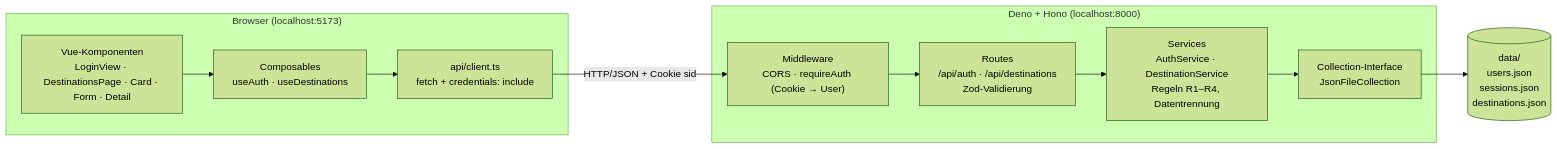
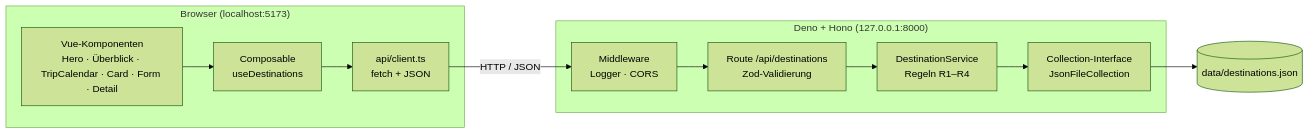
Before and after one commit to Alina509-bit/Fernweh-: the first of 2 diagrams in README.md, drawn with Mermaid (forest theme). The commit also changed other lines of this file and 31 other files, not shown here.

````diff
--- a/README.md
+++ b/README.md
@@ -17,19 +14,19 @@
 ```mermaid
 flowchart LR
   subgraph Browser["Browser (localhost:5173)"]
-    UI["Vue-Komponenten<br/>LoginView · DestinationsPage · Card · Form · Detail"]
-    ST["Composables<br/>useAuth · useDestinations"]
-    API["api/client.ts<br/>fetch + credentials: include"]
+    UI["Vue-Komponenten<br/>Hero · Überblick · TripCalendar · Card · Form · Detail"]
+    ST["Composable<br/>useDestinations"]
+    API["api/client.ts<br/>fetch + JSON"]
     UI --> ST --> API
   end
-  subgraph Server["Deno + Hono (localhost:8000)"]
-    MW["Middleware<br/>CORS · requireAuth (Cookie → User)"]
-    R["Routes<br/>/api/auth · /api/destinations<br/>Zod-Validierung"]
-    S["Services<br/>AuthService · DestinationService<br/>Regeln R1–R4, Datentrennung"]
+  subgraph Server["Deno + Hono (127.0.0.1:8000)"]
+    MW["Middleware<br/>Logger · CORS"]
+    R["Route /api/destinations<br/>Zod-Validierung"]
+    S["DestinationService<br/>Regeln R1–R4"]
     REPO["Collection-Interface<br/>JsonFileCollection"]
     MW --> R --> S --> REPO
   end
-  DB[("data/<br/>users.json<br/>sessions.json<br/>destinations.json")]
-  API -- "HTTP/JSON + Cookie sid" --> MW
+  DB[("data/destinations.json")]
+  API -- "HTTP / JSON" --> MW
   REPO --> DB
 ```
````
